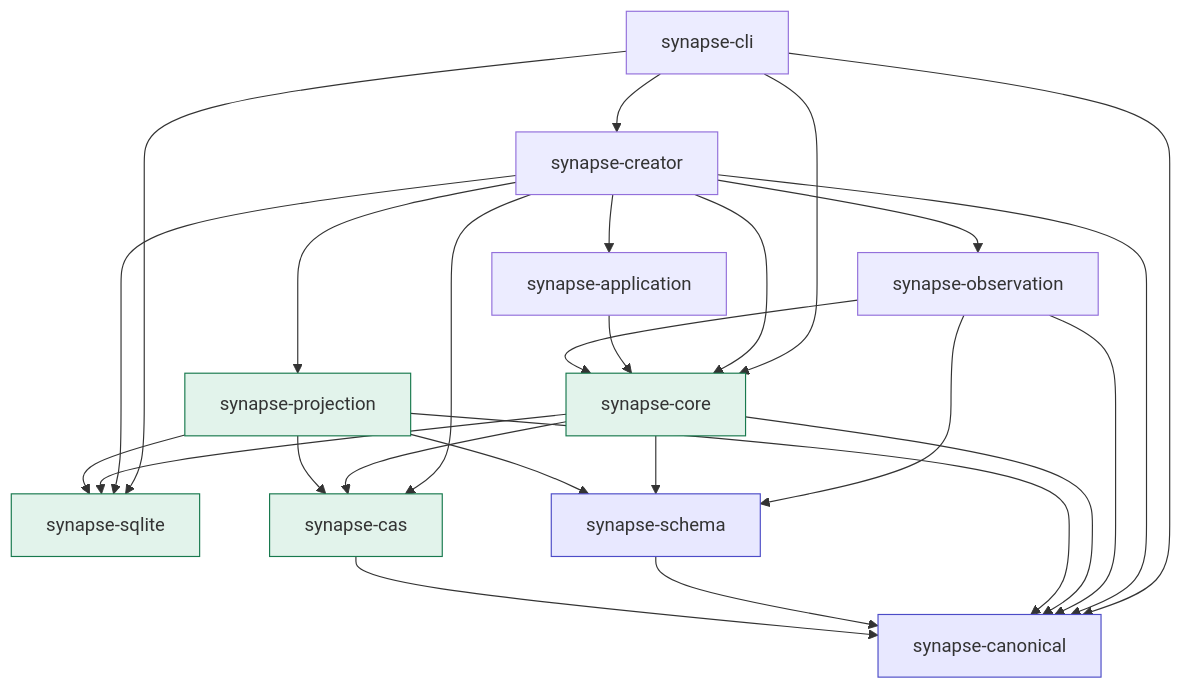
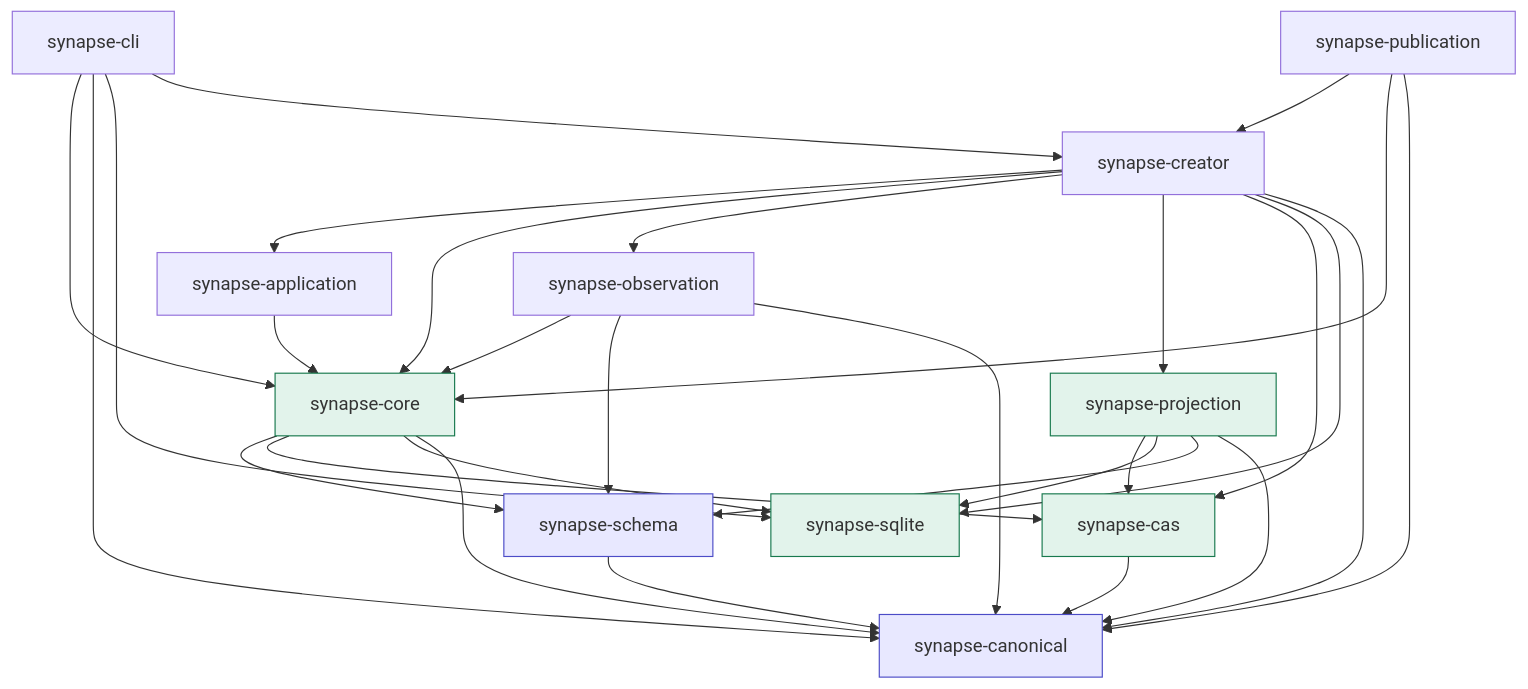
Before and after one commit to howlrs/synapsegit: the diagram in CONTRIBUTING.md, drawn with Mermaid. The commit also changed other lines of this file and 31 other files, not shown here.

````diff
--- a/CONTRIBUTING.md
+++ b/CONTRIBUTING.md
@@ -50,33 +50,36 @@
 ```mermaid
 flowchart TB
     CLI[synapse-cli] --> Core[synapse-core]
     CLI --> Canon[synapse-canonical]
     CLI --> SQLite[synapse-sqlite]
     CLI --> Creator[synapse-creator]
     Creator --> Application
     Creator --> Core
     Creator --> Observation
     Creator --> Projection
     Creator --> CAS
     Creator --> SQLite
     Creator --> Canon
+    Publication[synapse-publication] --> Creator
+    Publication --> Core
+    Publication --> Canon
     Application[synapse-application] --> Core
     Observation[synapse-observation] --> Core
     Observation --> Schema
     Observation --> Canon
     Core --> Schema[synapse-schema]
     Core --> CAS[synapse-cas]
     Core --> SQLite
     Core --> Canon
     Projection[synapse-projection] --> CAS
     Projection --> SQLite
     Projection --> Schema
     Projection --> Canon
     Schema --> Canon
     CAS --> Canon
 
     classDef identity fill:#e8e8ff,stroke:#4c4cc7;
     classDef storage fill:#e2f3eb,stroke:#18794e;
     class Canon,Schema identity;
     class CAS,SQLite,Core,Projection storage;
 ```
````
